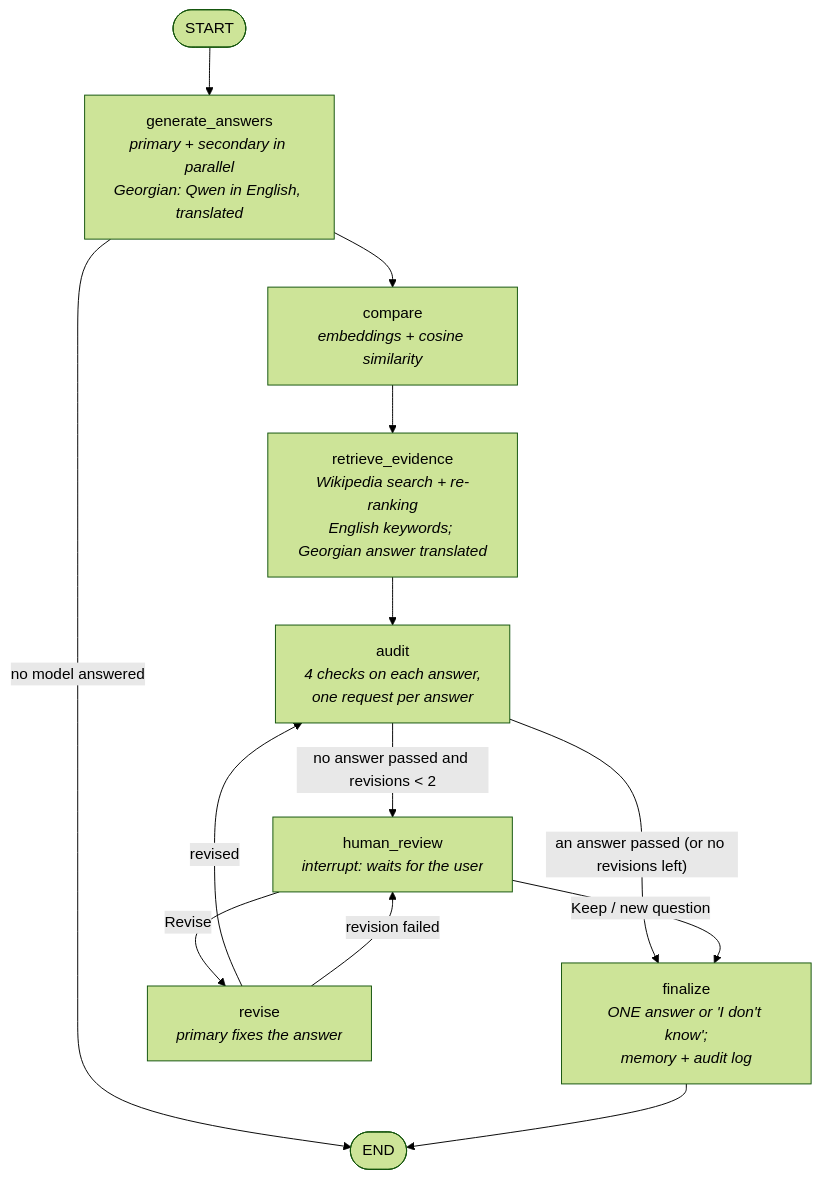
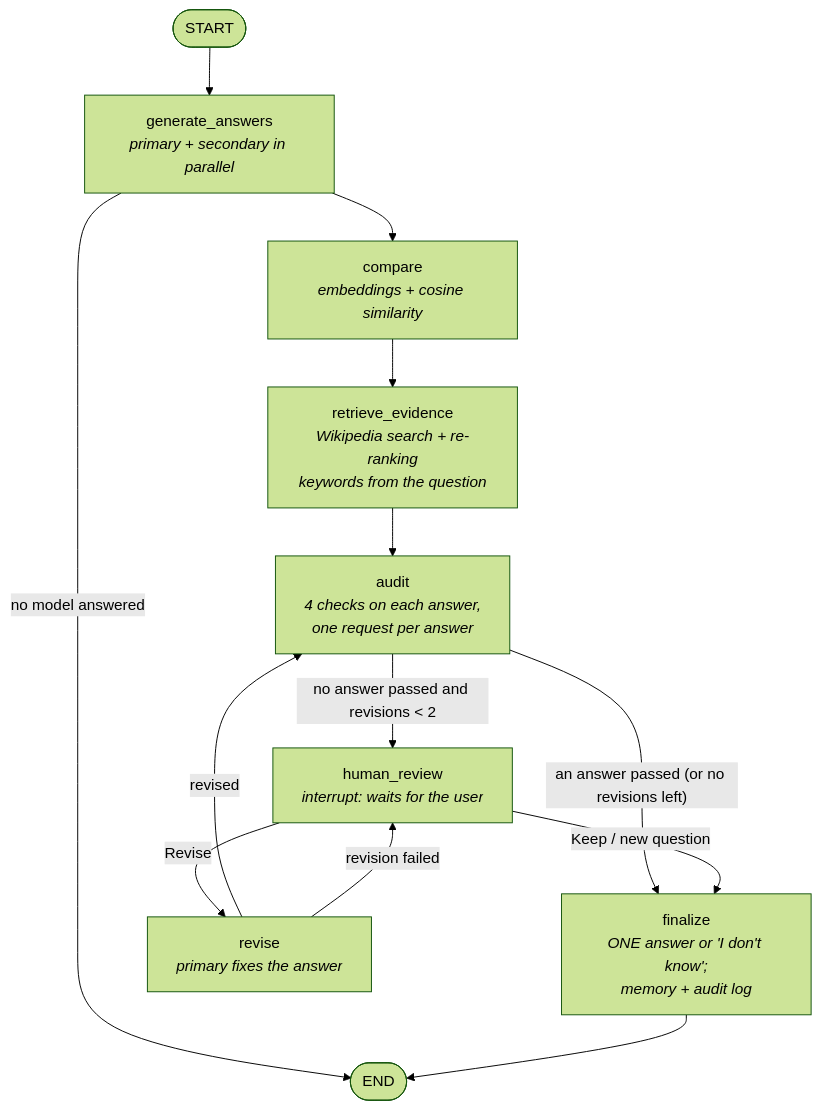
One commit to tamarkilasonia/VerdictAI changed the diagram in README.md. Above: the diagram before and after it, drawn with Mermaid (forest theme). The commit also changed other lines of this file and 11 other files, not shown here.

````diff
--- a/README.md
+++ b/README.md
@@ -83,15 +65,15 @@
 ```mermaid
 flowchart TD
-    S([START]) --> G[generate_answers<br/><i>primary + secondary in parallel<br/>Georgian: Qwen in English, translated</i>]
+    S([START]) --> G[generate_answers<br/><i>primary + secondary in parallel</i>]
     G -->|no model answered| E([END])
     G --> C[compare<br/><i>embeddings + cosine similarity</i>]
-    C --> R[retrieve_evidence<br/><i>Wikipedia search + re-ranking<br/>English keywords; Georgian answer translated</i>]
+    C --> R[retrieve_evidence<br/><i>Wikipedia search + re-ranking<br/>keywords from the question</i>]
     R --> A[audit<br/><i>4 checks on each answer,<br/>one request per answer</i>]
     A -->|"no answer passed and revisions < 2"| H[human_review<br/><i>interrupt: waits for the user</i>]
     A -->|"an answer passed (or no revisions left)"| F[finalize<br/><i>ONE answer or 'I don't know';<br/>memory + audit log</i>]
     H -->|Revise| V[revise<br/><i>primary fixes the answer</i>]
     H -->|Keep / new question| F
     V -->|revised| A
     V -->|revision failed| H
     F --> E
 ```
````
